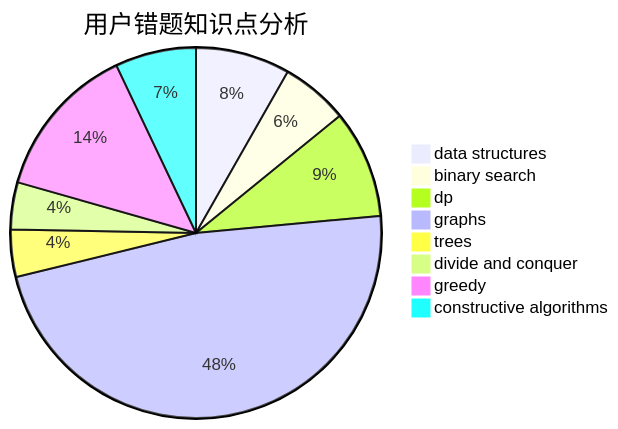
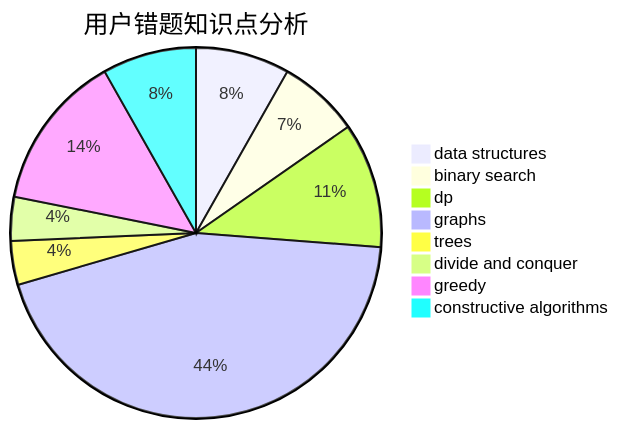
One commit to sherpahu/cfrs.github.io changed the third of 3 diagrams in docs/user/u1728.md. Above: the diagram before and after it, drawn with Mermaid. The commit also changed other lines of this file and 2770 other files, not shown here.

````diff
--- a/docs/user/u1728.md
+++ b/docs/user/u1728.md
@@ -36,11 +36,11 @@
 ```mermaid
 pie title 用户错题知识点分析
-    "data structures" :  14
-    "binary search" :  10
-    "dp" :  16
+    "data structures" :  15
+    "binary search" :  13
+    "dp" :  20
     "graphs" :  81
     "trees" :  7
     "divide and conquer" :  7
-    "greedy" :  23
-    "constructive algorithms" :  12
+    "greedy" :  25
+    "constructive algorithms" :  15
 ```
````
